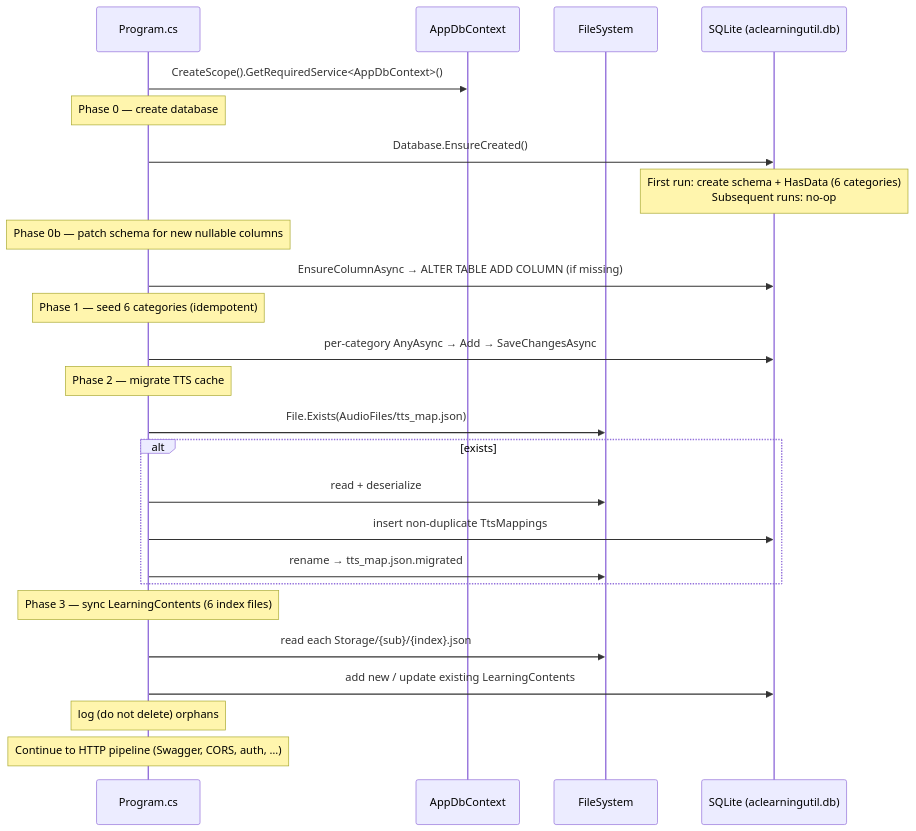
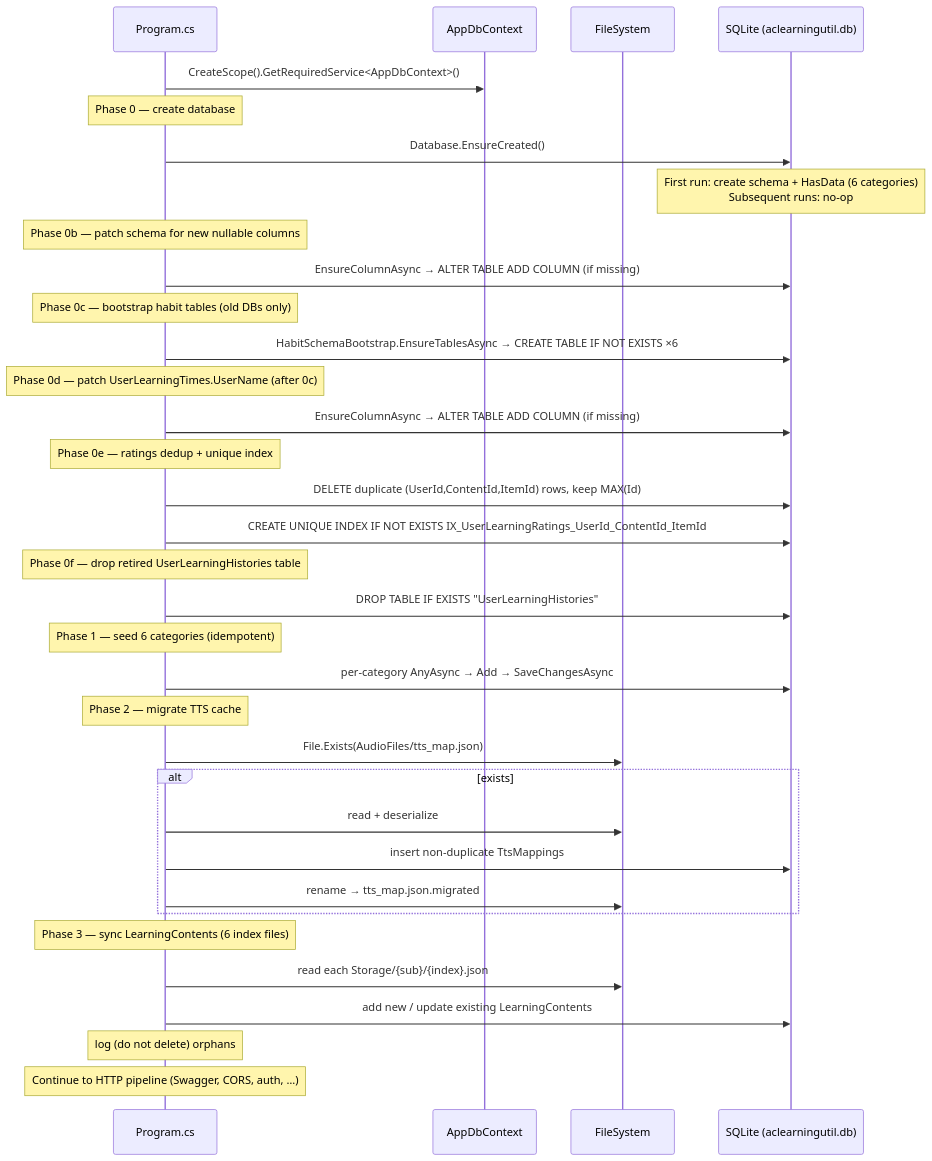
The first of 4 diagrams in docs/design-data-seeder.md (alvachien/aclearningutil), drawn with Mermaid before and after one commit. The commit also changed other lines of this file and 33 other files, not shown here.

````diff
--- a/docs/design-data-seeder.md
+++ b/docs/design-data-seeder.md
@@ -28,33 +32,46 @@
 ```mermaid
 sequenceDiagram
     participant App as Program.cs
     participant DB as AppDbContext
     participant FS as FileSystem
     participant SQLite as SQLite (aclearningutil.db)
 
     App->>DB: CreateScope().GetRequiredService<AppDbContext>()
     Note over App: Phase 0 — create database
     App->>SQLite: Database.EnsureCreated()
     Note over SQLite: First run: create schema + HasData (6 categories)<br/>Subsequent runs: no-op
 
     Note over App: Phase 0b — patch schema for new nullable columns
     App->>SQLite: EnsureColumnAsync → ALTER TABLE ADD COLUMN (if missing)
+
+    Note over App: Phase 0c — bootstrap habit tables (old DBs only)
+    App->>SQLite: HabitSchemaBootstrap.EnsureTablesAsync → CREATE TABLE IF NOT EXISTS ×6
+
+    Note over App: Phase 0d — patch UserLearningTimes.UserName (after 0c)
+    App->>SQLite: EnsureColumnAsync → ALTER TABLE ADD COLUMN (if missing)
+
+    Note over App: Phase 0e — ratings dedup + unique index
+    App->>SQLite: DELETE duplicate (UserId,ContentId,ItemId) rows, keep MAX(Id)
+    App->>SQLite: CREATE UNIQUE INDEX IF NOT EXISTS IX_UserLearningRatings_UserId_ContentId_ItemId
+
+    Note over App: Phase 0f — drop retired UserLearningHistories table
+    App->>SQLite: DROP TABLE IF EXISTS "UserLearningHistories"
 
     Note over App: Phase 1 — seed 6 categories (idempotent)
     App->>SQLite: per-category AnyAsync → Add → SaveChangesAsync
 
     Note over App: Phase 2 — migrate TTS cache
     App->>FS: File.Exists(AudioFiles/tts_map.json)
     alt exists
         App->>FS: read + deserialize
         App->>SQLite: insert non-duplicate TtsMappings
         App->>FS: rename → tts_map.json.migrated
     end
 
     Note over App: Phase 3 — sync LearningContents (6 index files)
     App->>FS: read each Storage/{sub}/{index}.json
     App->>SQLite: add new / update existing LearningContents
     Note over App: log (do not delete) orphans
 
     Note over App: Continue to HTTP pipeline (Swagger, CORS, auth, …)
 ```
````
